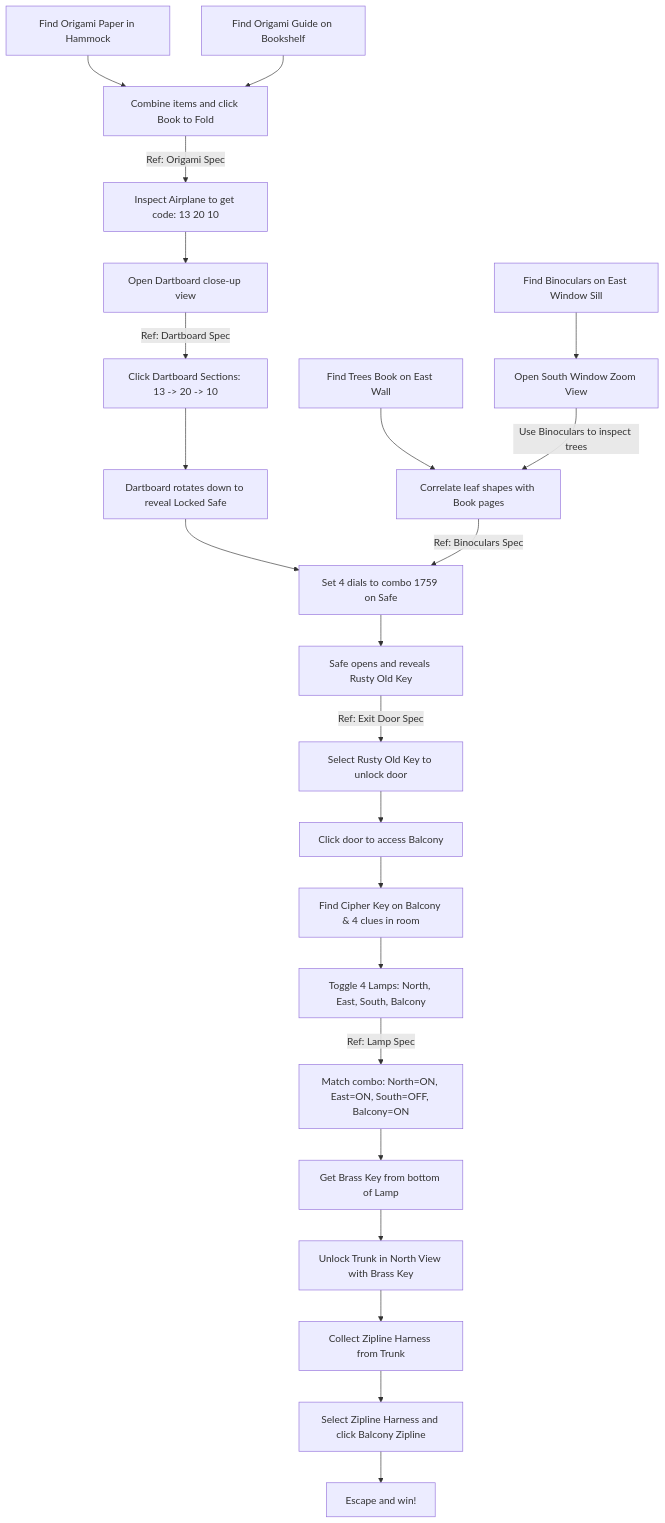
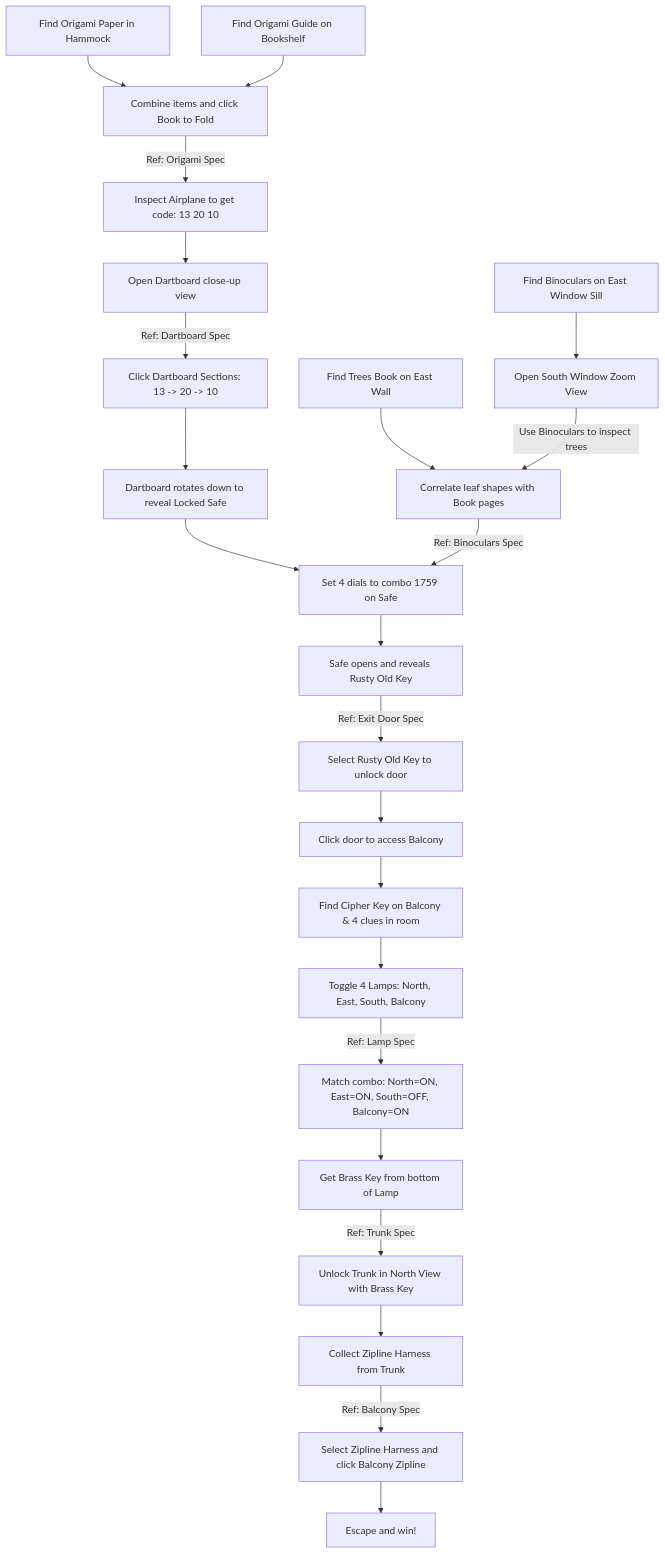
One commit to moltmans1/escape-the-treehouse changed the diagram in PLAN.md. Above: the diagram before and after it, drawn with Mermaid. The commit also changed other lines of this file and 3 other files, not shown here.

Commit message:
docs: split lamp, trunk, and balcony escape specifications

````diff
--- a/PLAN.md
+++ b/PLAN.md
@@ -18,43 +18,45 @@
 ```mermaid
 graph TD
     %% Phase 1: Gathering and Folding
     A1[Find Origami Paper in Hammock] --> A3[Combine items and click Book to Fold]
     A2[Find Origami Guide on Bookshelf] --> A3
     A3 -->|Ref: Origami Spec| A4[Inspect Airplane to get code: 13 20 10]
     
     %% Phase 2: Dartboard Puzzle
     A4 --> A5[Open Dartboard close-up view]
     A5 -->|Ref: Dartboard Spec| A6[Click Dartboard Sections: 13 -> 20 -> 10]
     A6 --> A7[Dartboard rotates down to reveal Locked Safe]
     
     %% Phase 3: Binoculars & Trees Puzzle
     B1[Find Binoculars on East Window Sill] --> B3[Open South Window Zoom View]
     B2[Find Trees Book on East Wall] --> B4[Correlate leaf shapes with Book pages]
     B3 -->|Use Binoculars to inspect trees| B4
     
     %% Unlocking Safe (Convergence of Phase 2 and Phase 3)
     A7 --> B5[Set 4 dials to combo 1759 on Safe]
     B4 -->|Ref: Binoculars Spec| B5
     B5 --> B6[Safe opens and reveals Rusty Old Key]
     
     %% Door Unlocking
     B6 -->|Ref: Exit Door Spec| A8[Select Rusty Old Key to unlock door]
     A8 --> A9[Click door to access Balcony]
     
     %% Phase 4: Lamp Puzzle & Escape
     A9 --> C1[Find Cipher Key on Balcony & 4 clues in room]
     C1 --> C2[Toggle 4 Lamps: North, East, South, Balcony]
     C2 -->|Ref: Lamp Spec| C3[Match combo: North=ON, East=ON, South=OFF, Balcony=ON]
     C3 --> C4[Get Brass Key from bottom of Lamp]
-    C4 --> C5[Unlock Trunk in North View with Brass Key]
+    C4 -->|Ref: Trunk Spec| C5[Unlock Trunk in North View with Brass Key]
     C5 --> C6[Collect Zipline Harness from Trunk]
-    C6 --> C7[Select Zipline Harness and click Balcony Zipline]
+    C6 -->|Ref: Balcony Spec| C7[Select Zipline Harness and click Balcony Zipline]
     C7 --> C8[Escape and win!]
     
     click A3 "file:///home/moltmans/escape-the-treehouse/specs/origami_folding.md" "Origami Folding Spec"
     click A6 "file:///home/moltmans/escape-the-treehouse/specs/dartboard_puzzle.md" "Dartboard Puzzle Spec"
     click B5 "file:///home/moltmans/escape-the-treehouse/specs/binoculars_puzzle.md" "Binoculars Puzzle Spec"
     click B6 "file:///home/moltmans/escape-the-treehouse/specs/safe_puzzle.md" "Safe Puzzle Spec"
     click A8 "file:///home/moltmans/escape-the-treehouse/specs/exit_door.md" "Exit Door Spec"
     click C3 "file:///home/moltmans/escape-the-treehouse/specs/lamp_puzzle.md" "Lamp Spec"
+    click C5 "file:///home/moltmans/escape-the-treehouse/specs/trunk_puzzle.md" "Trunk Spec"
+    click C7 "file:///home/moltmans/escape-the-treehouse/specs/balcony_escape.md" "Balcony Escape Spec"
 ```
````
